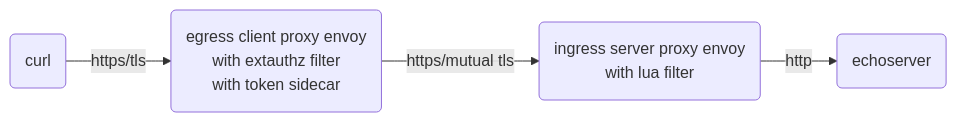
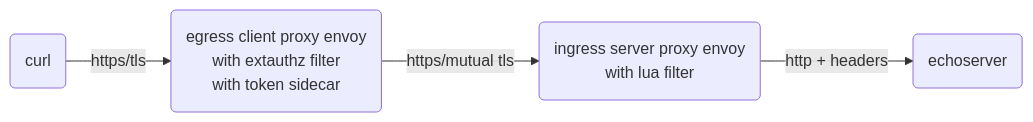
One commit to ctyano/athenz-distribution changed the eighth of 17 diagrams in docs/ENVOY.md. Above: the diagram before and after it, drawn with Mermaid. The commit also changed other lines of this file and 5 other files, not shown here.

````diff
--- a/docs/ENVOY.md
+++ b/docs/ENVOY.md
@@ -146,4 +146,4 @@
 ```mermaid
 flowchart LR
-A(curl) -->|https/tls| B(egress client proxy envoy\nwith extauthz filter\nwith token sidecar) -->|https/mutual tls| C(ingress server proxy envoy\nwith lua filter) -->|http| D(echoserver)
+A(curl) -->|https/tls| B(egress client proxy envoy\nwith extauthz filter\nwith token sidecar) -->|https/mutual tls| C(ingress server proxy envoy\nwith lua filter) -->|http + headers| D(echoserver)
 ```
````
